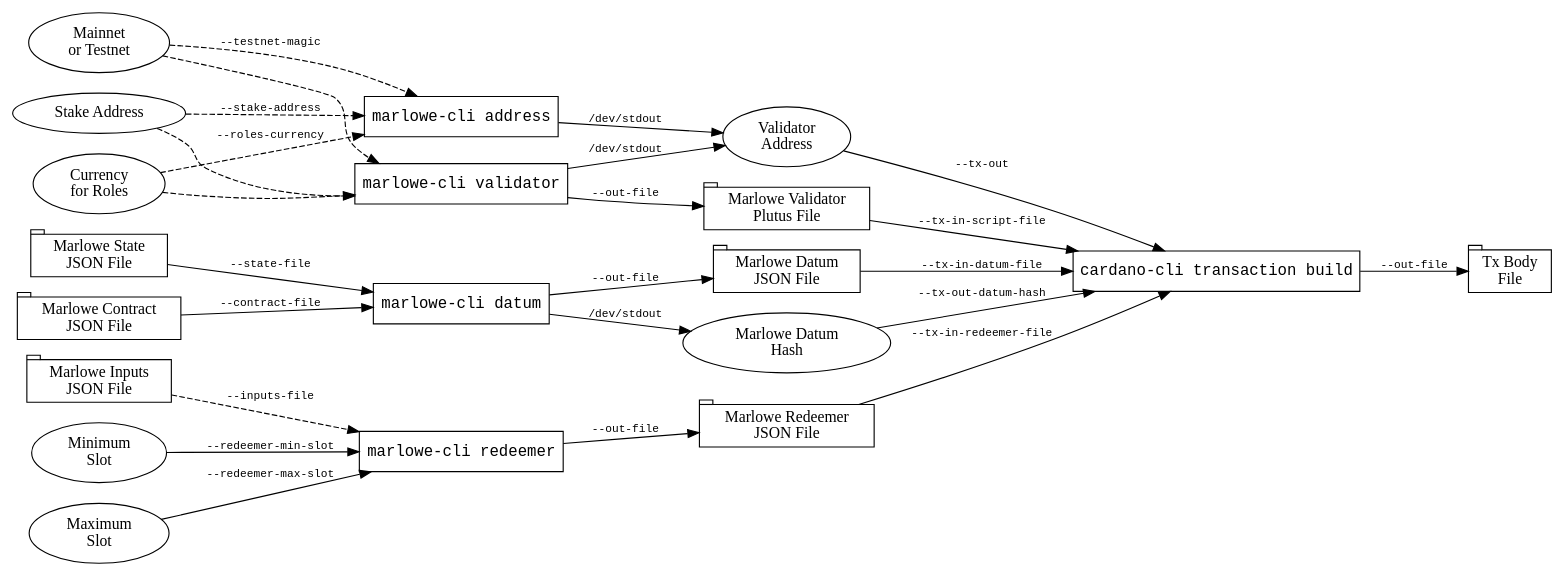
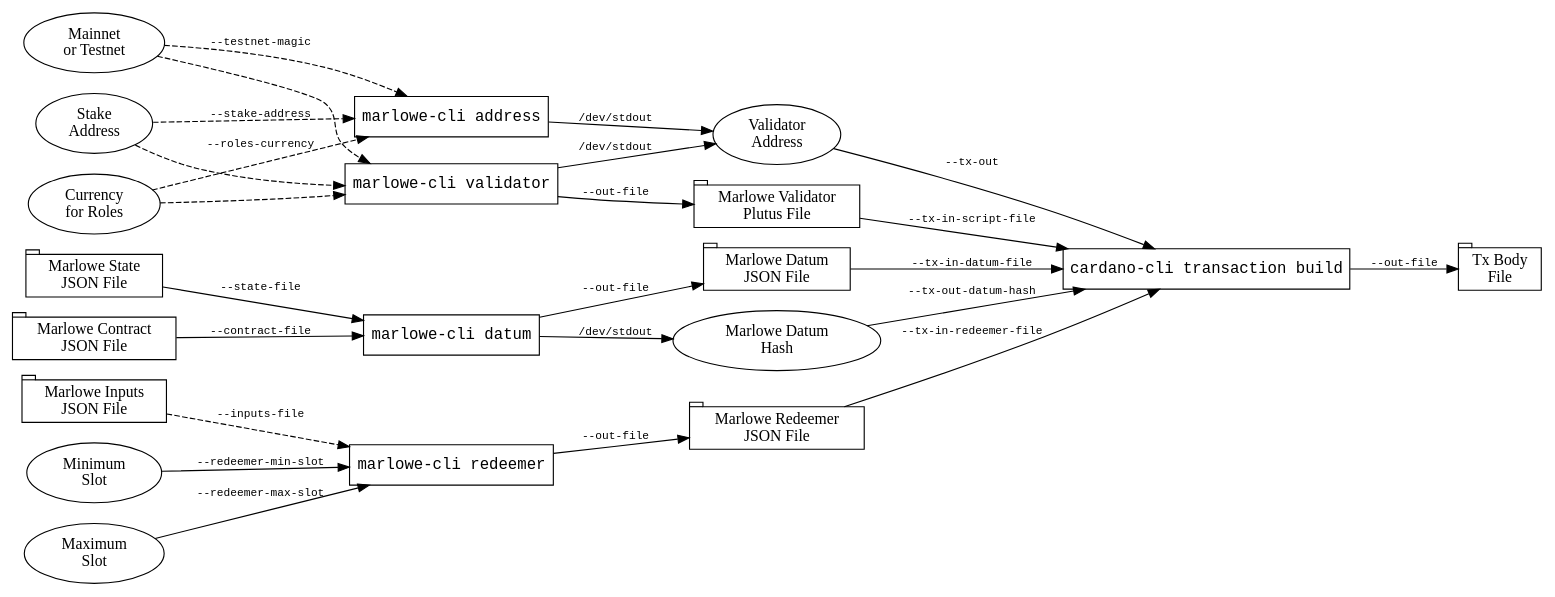
One commit to input-output-hk/marlowe-cardano changed the diagram in marlowe/cli-doc/diagrams/workflow.dot. Above: the diagram before and after it, drawn with Graphviz. The commit also changed 3 other files, not shown here.

Commit message:
SCP-3059 tweaked layout of diagrams

```diff
--- a/marlowe/cli-doc/diagrams/workflow.dot
+++ b/marlowe/cli-doc/diagrams/workflow.dot
@@ -1,84 +1,84 @@
 digraph {
 
 rankdir=LR
 
 
 Network       [label="Mainnet\nor Testnet"]
-StakeAddress  [label="Stake Address"      ]
+StakeAddress  [label="Stake\nAddress"     ]
 RolesCurrency [label="Currency\nfor Roles"]
 
 
 AddressCommand [label="marlowe-cli address", shape=box, fontname=monospace]
 
 
 Network       -> AddressCommand [label="--testnet-magic" , fontname=monospace, fontsize=10, style=dashed]
 StakeAddress  -> AddressCommand [label="--stake-address" , fontname=monospace, fontsize=10, style=dashed]
 RolesCurrency -> AddressCommand [label="--roles-currency", fontname=monospace, fontsize=10, style=dashed]
 
 
 ValidatorAddress [label="Validator\nAddress"]
 
 AddressCommand -> ValidatorAddress [label="/dev/stdout", fontname=monospace, fontsize=10]
 
 
 ValidatorCommand [label="marlowe-cli validator", shape=box, fontname=monospace]
 
 Network       -> ValidatorCommand [style=dashed]
 StakeAddress  -> ValidatorCommand [style=dashed]
 RolesCurrency -> ValidatorCommand [style=dashed]
 
 
 ValidatorFile [label="Marlowe Validator\nPlutus File", shape=tab]
 
 ValidatorCommand -> ValidatorAddress [label="/dev/stdout", fontname=monospace, fontsize=10]
 ValidatorCommand -> ValidatorFile    [label="--out-file" , fontname=monospace, fontsize=10]
 
 
 ContractFile [label="Marlowe Contract\nJSON File", shape=tab]
 StateFile    [label="Marlowe State\nJSON File"   , shape=tab]
 
 
 DatumCommand [label="marlowe-cli datum", shape=box, fontname=monospace]
 
 ContractFile -> DatumCommand [label="--contract-file", fontname=monospace, fontsize=10]
 StateFile    -> DatumCommand [label="--state-file"   , fontname=monospace, fontsize=10]
 
 
 DatumFile [label="Marlowe Datum\nJSON File", shape=tab]
 DatumHash [label="Marlowe Datum\nHash"                ]
 
 DatumCommand -> DatumFile [label="--out-file" , fontname=monospace, fontsize=10]
 DatumCommand -> DatumHash [label="/dev/stdout", fontname=monospace, fontsize=10]
 
 
 InputsFile [label="Marlowe Inputs\nJSON File", shape=tab]
 MinSlot    [label="Minimum\nSlot"]
 MaxSlot    [label="Maximum\nSlot"]
 
 
 RedeemerCommand [label="marlowe-cli redeemer", shape=box, fontname=monospace]
 
 InputsFile -> RedeemerCommand [label="--inputs-file"      , fontname=monospace, fontsize=10, style=dashed]
 MinSlot    -> RedeemerCommand [label="--redeemer-min-slot", fontname=monospace, fontsize=10]
 MaxSlot    -> RedeemerCommand [label="--redeemer-max-slot", fontname=monospace, fontsize=10]
 
 
 RedeemerFile [label="Marlowe Redeemer\nJSON File", shape=tab]
 
 RedeemerCommand -> RedeemerFile [label="--out-file", fontname=monospace, fontsize=10]
 
 
 CardanoCLI [label="cardano-cli transaction build", shape=box, fontname=monospace]
 
 ValidatorAddress -> CardanoCLI [label="--tx-out"             , fontname=monospace, fontsize=10]
 ValidatorFile    -> CardanoCLI [label="--tx-in-script-file"  , fontname=monospace, fontsize=10]
 DatumFile        -> CardanoCLI [label="--tx-in-datum-file"   , fontname=monospace, fontsize=10]
 RedeemerFile     -> CardanoCLI [label="--tx-in-redeemer-file", fontname=monospace, fontsize=10]
 DatumHash        -> CardanoCLI [label="--tx-out-datum-hash"  , fontname=monospace, fontsize=10]
 
 
 TxBodyFile [label="Tx Body\nFile", shape=tab]
 
 CardanoCLI -> TxBodyFile [label="--out-file", fontname=monospace, fontsize=10]
 
 }
```
